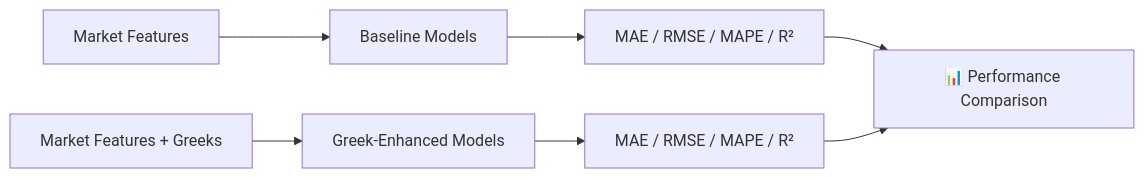
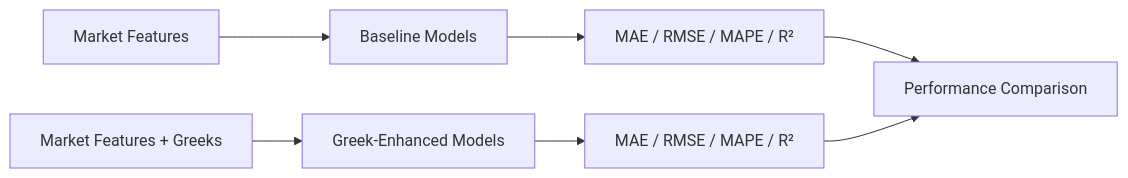
Before and after one commit to Clestialcosmos/Fino-Stock-Option-Market-Analyzer: the third of 4 diagrams in README.md, drawn with Mermaid. The commit also changed other lines of this file, not shown here.

````diff
--- a/README.md
+++ b/README.md
@@ -153,11 +153,11 @@
 ```mermaid
 flowchart LR
-    A[Market Features] --> B[Baseline Models]
-    C["Market Features + Greeks"] --> D[Greek-Enhanced Models]
+A[Market Features] --> B[Baseline Models]
+C["Market Features + Greeks"] --> D[Greek-Enhanced Models]
 
-    B --> E["MAE / RMSE / MAPE / R²"]
-    D --> F["MAE / RMSE / MAPE / R²"]
+B --> E["MAE / RMSE / MAPE / R²"]
+D --> F["MAE / RMSE / MAPE / R²"]
 
-    E --> G[📊 Performance Comparison]
-    F --> G
+E --> G[Performance Comparison]
+F --> G
 ```
````
